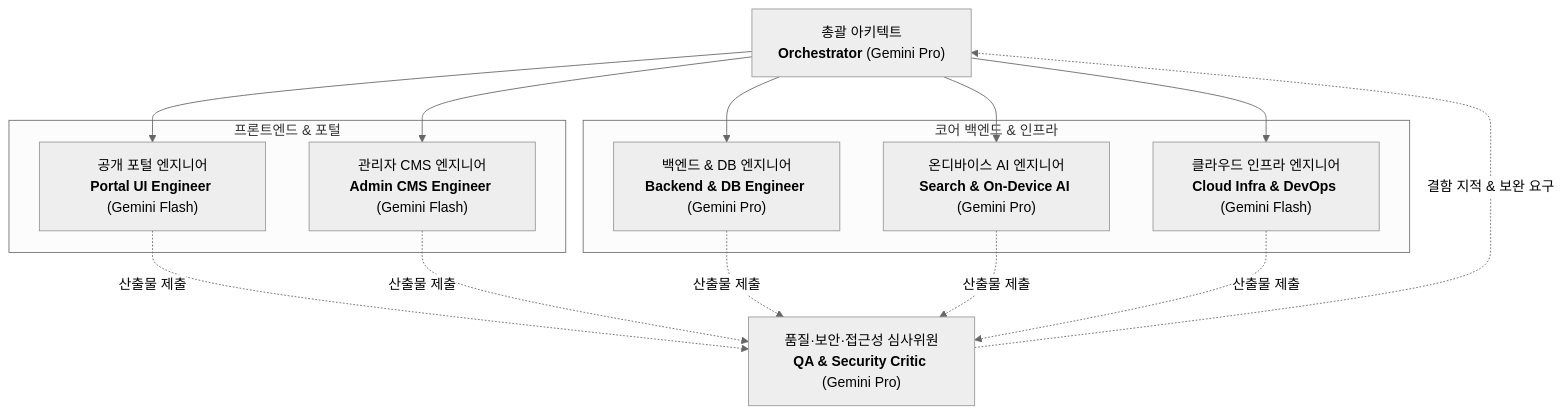
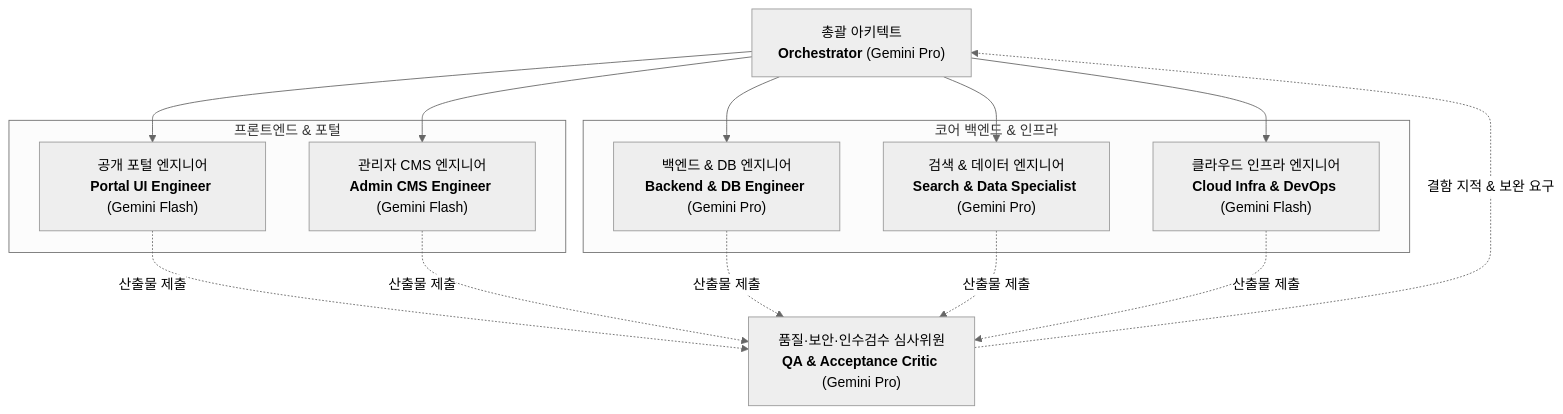
Before and after one commit to yojulab/ex_project_InstituteofFutureSmartIndustry: the diagram in GEMINI.md, drawn with Mermaid (neutral theme). The commit also changed other lines of this file and 3 other files, not shown here.

````diff
--- a/GEMINI.md
+++ b/GEMINI.md
@@ -41,31 +41,31 @@
 ```mermaid
 flowchart TD
     ORCH["총괄 아키텍트<br><b>Orchestrator</b> (Gemini Pro)"]
     
     subgraph FrontendTeam ["프론트엔드 & 포털"]
         PORTAL["공개 포털 엔지니어<br><b>Portal UI Engineer</b> (Gemini Flash)"]
         CMS["관리자 CMS 엔지니어<br><b>Admin CMS Engineer</b> (Gemini Flash)"]
     end
 
     subgraph CoreBackend ["코어 백엔드 & 인프라"]
         BE["백엔드 & DB 엔지니어<br><b>Backend & DB Engineer</b> (Gemini Pro)"]
-        SEARCH["온디바이스 AI 엔지니어<br><b>Search & On-Device AI</b> (Gemini Pro)"]
+        SEARCH["검색 & 데이터 엔지니어<br><b>Search & Data Specialist</b> (Gemini Pro)"]
         INFRA["클라우드 인프라 엔지니어<br><b>Cloud Infra & DevOps</b> (Gemini Flash)"]
     end
 
-    QA["품질·보안·접근성 심사위원<br><b>QA & Security Critic</b> (Gemini Pro)"]
+    QA["품질·보안·인수검수 심사위원<br><b>QA & Acceptance Critic</b> (Gemini Pro)"]
 
     ORCH --> PORTAL
     ORCH --> CMS
     ORCH --> BE
     ORCH --> SEARCH
     ORCH --> INFRA
 
     PORTAL -.산출물 제출.-> QA
     CMS -.산출물 제출.-> QA
     BE -.산출물 제출.-> QA
     SEARCH -.산출물 제출.-> QA
     INFRA -.산출물 제출.-> QA
 
     QA -.결함 지적 & 보완 요구.-> ORCH
 ```
````
